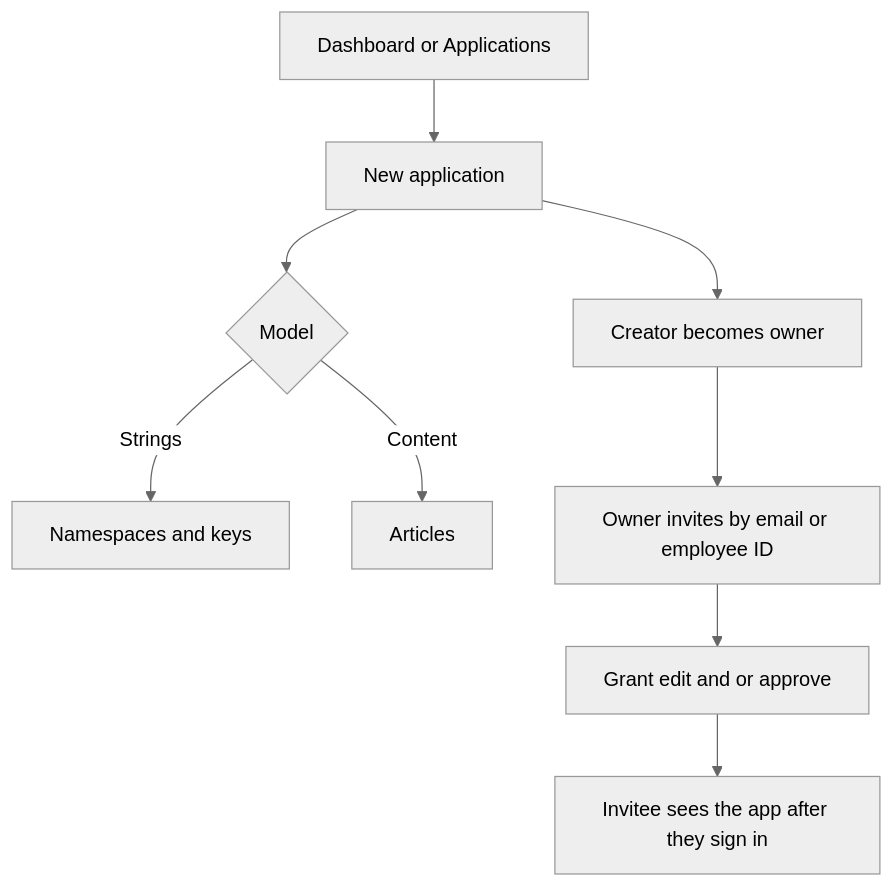
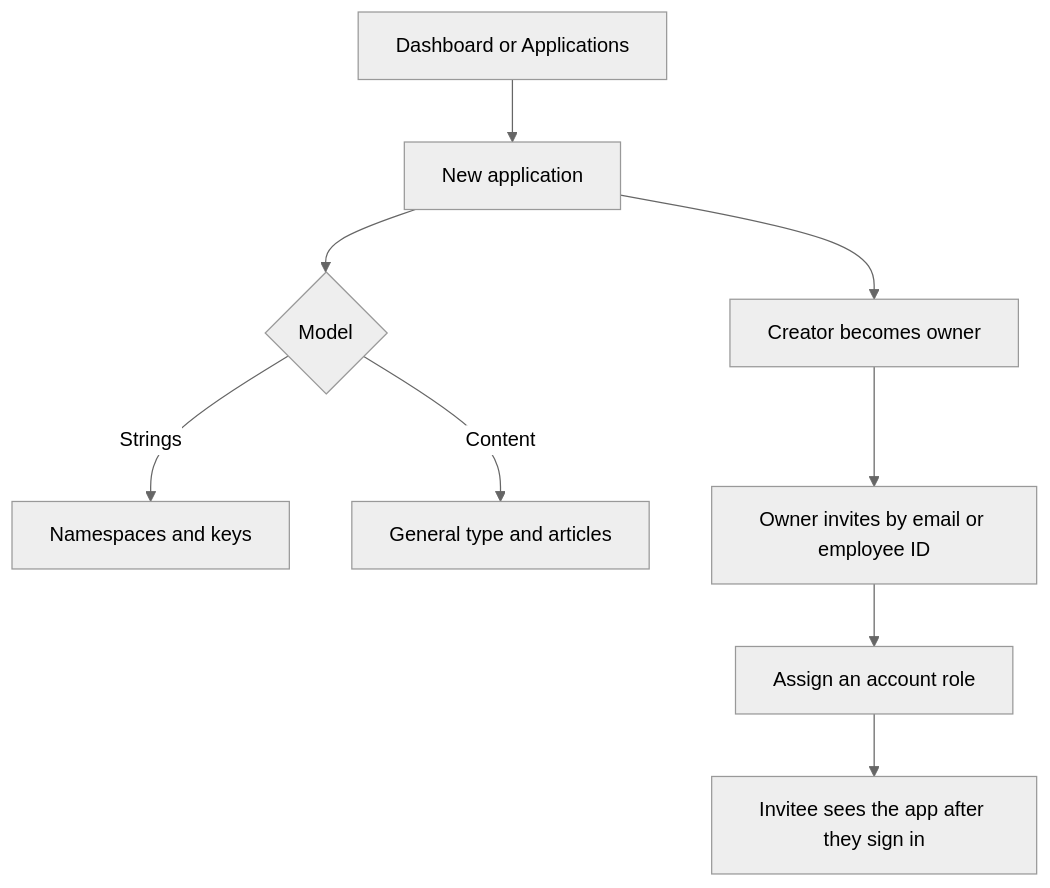
Before and after one commit to alanwongsh/mrdiy-lingo: the fourth of 8 diagrams in docs/technical-documentation.md, drawn with Mermaid (neutral theme). The commit also changed other lines of this file and 4 other files, not shown here.

````diff
--- a/docs/technical-documentation.md
+++ b/docs/technical-documentation.md
@@ -284,11 +287,11 @@
 ```mermaid
 flowchart TD
   A[Dashboard or Applications] --> B[New application]
   B --> C{Model}
   C -->|Strings| D[Namespaces and keys]
-  C -->|Content| E[Articles]
+  C -->|Content| E[General type and articles]
   B --> F[Creator becomes owner]
   F --> G[Owner invites by email or employee ID]
-  G --> H[Grant edit and or approve]
+  G --> H[Assign an account role]
   H --> I[Invitee sees the app after they sign in]
 ```
````
